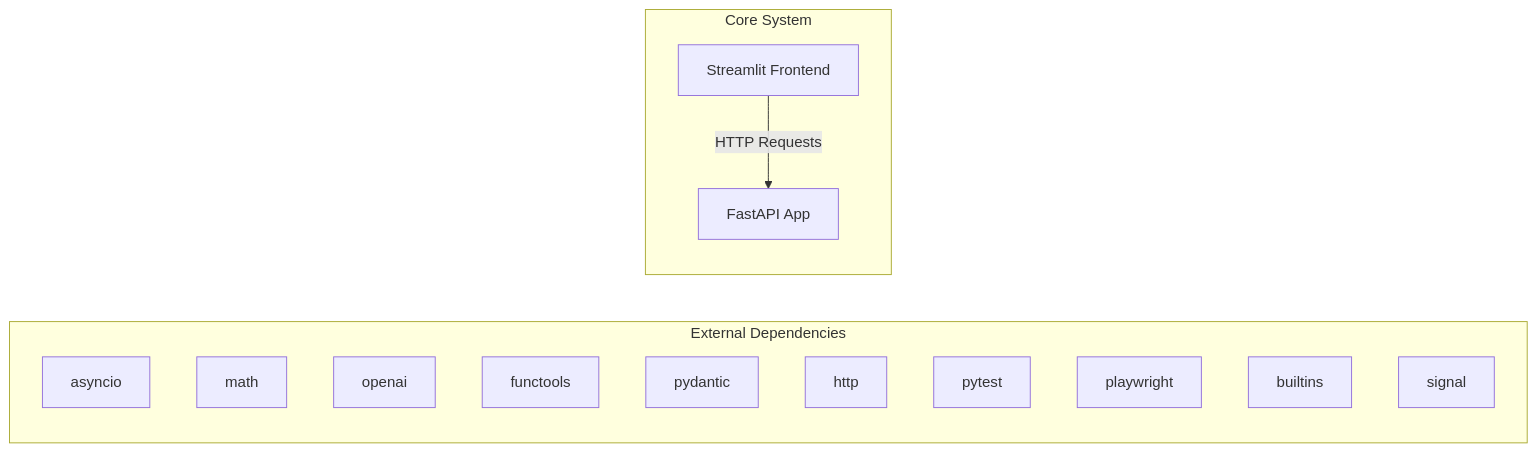
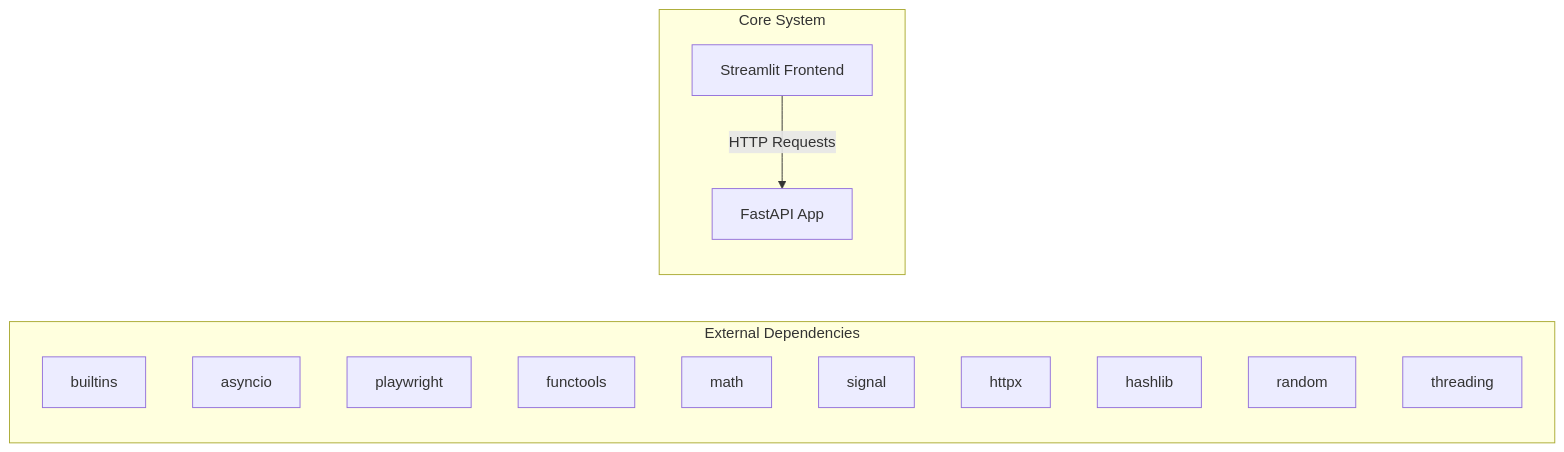
The first of 2 diagrams in docs/architecture.md (NITISH-R-G/rag-context-optimizer), drawn with Mermaid before and after one commit. The commit also changed 1 other file, not shown here.

Commit message:
docs: auto-update repository knowledge, architecture diagrams, and documentation

````diff
--- a/docs/architecture.md
+++ b/docs/architecture.md
@@ -7,20 +7,20 @@
 ```mermaid
 graph LR
     subgraph External Dependencies
-        E0["asyncio"]
-        E1["math"]
-        E2["openai"]
+        E0["builtins"]
+        E1["asyncio"]
+        E2["playwright"]
         E3["functools"]
-        E4["pydantic"]
-        E5["http"]
-        E6["pytest"]
-        E7["playwright"]
-        E8["builtins"]
-        E9["signal"]
+        E4["math"]
+        E5["signal"]
+        E6["httpx"]
+        E7["hashlib"]
+        E8["random"]
+        E9["threading"]
     end
     subgraph Core System
         API["FastAPI App"]
         UI["Streamlit Frontend"]
     end
     UI -->|HTTP Requests| API
 ```
````
